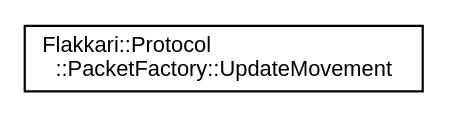
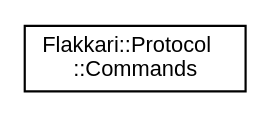
One commit to MasterLaplace/flakkari changed the diagram in inherit_graph_40.dot. Above: the diagram before and after it, drawn with Graphviz. The commit also changed 456 other files, not shown here.

```diff
--- a/inherit_graph_40.dot
+++ b/inherit_graph_40.dot
@@ -1,8 +1,8 @@
 digraph "Graphical Class Hierarchy"
 {
  // LATEX_PDF_SIZE
   edge [fontname="Helvetica",fontsize="10",labelfontname="Helvetica",labelfontsize="10"];
   node [fontname="Helvetica",fontsize="10",shape=record];
   rankdir="LR";
-  Node0 [label="Flakkari::Protocol\l::PacketFactory::UpdateMovement",height=0.2,width=0.4,color="black", fillcolor="white", style="filled",URL="$df/df6/structFlakkari_1_1Protocol_1_1PacketFactory_1_1UpdateMovement.html",tooltip=" "];
+  Node0 [label="Flakkari::Protocol\l::Commands",height=0.2,width=0.4,color="black", fillcolor="white", style="filled",URL="$d9/dbb/classFlakkari_1_1Protocol_1_1V__0_1_1Commands.html",tooltip=" "];
 }
```
